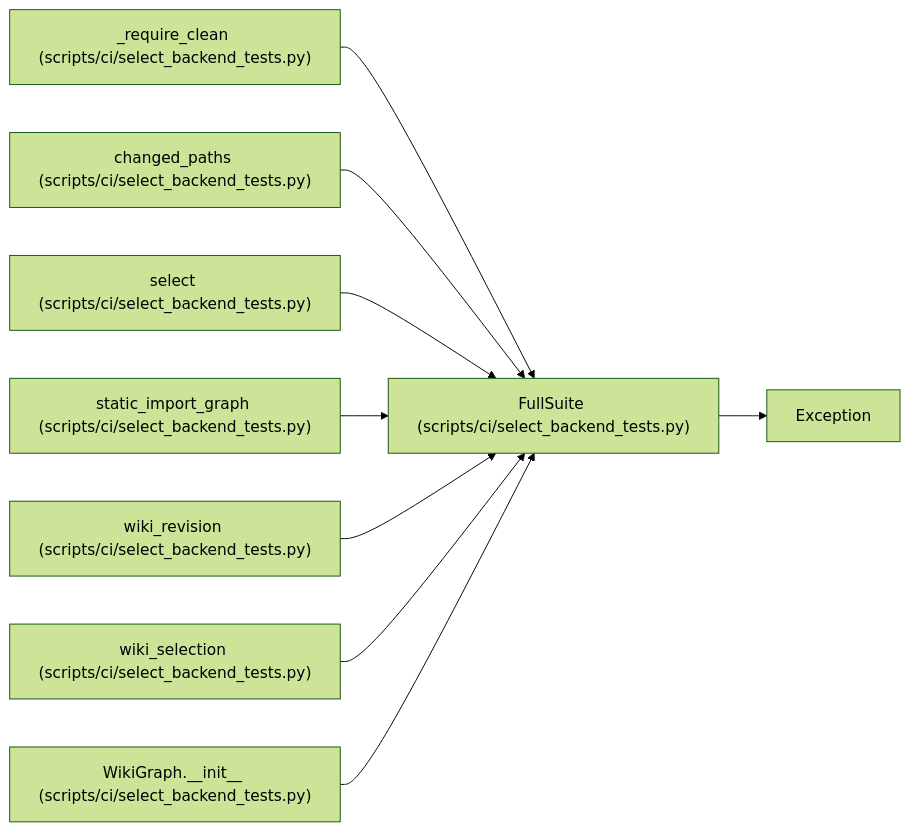
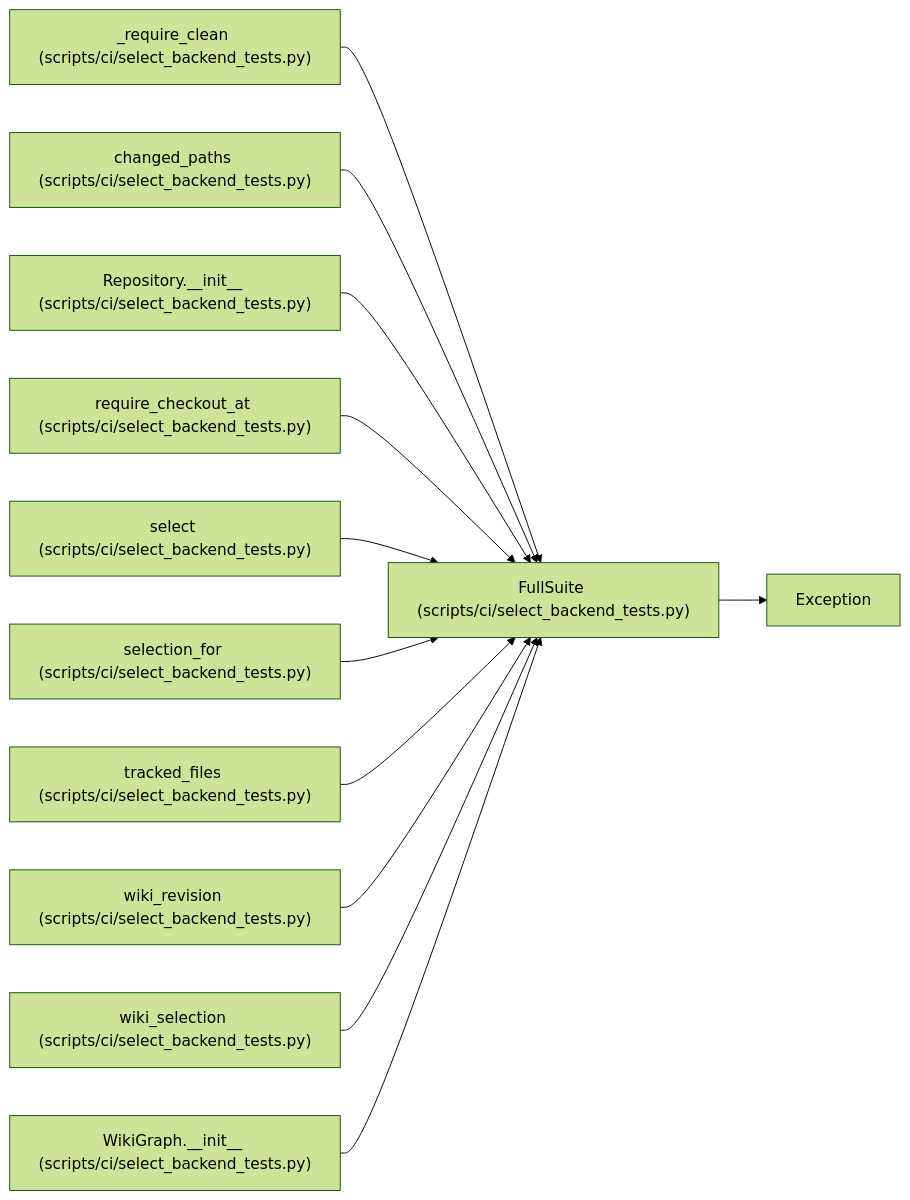
Before and after one commit to Denissvgn/WorkChord: the diagram in docs/llm_wiki/entities/FullSuite.md, drawn with Mermaid (forest theme). The commit also changed other lines of this file and 585 other files, not shown here.

Commit message:
Sync the architectural wiki for the shadow backend test selector fixes

````diff
--- a/docs/llm_wiki/entities/FullSuite.md
+++ b/docs/llm_wiki/entities/FullSuite.md
@@ -23,28 +23,37 @@
 ```mermaid
 flowchart LR
     n0["FullSuite (scripts/ci/select_backend_tests.py)"]
     n1["Exception"]
     n2["_require_clean (scripts/ci/select_backend_tests.py)"]
     n3["changed_paths (scripts/ci/select_backend_tests.py)"]
-    n4["select (scripts/ci/select_backend_tests.py)"]
-    n5["static_import_graph (scripts/ci/select_backend_tests.py)"]
-    n6["wiki_revision (scripts/ci/select_backend_tests.py)"]
-    n7["wiki_selection (scripts/ci/select_backend_tests.py)"]
-    n8["WikiGraph.__init__ (scripts/ci/select_backend_tests.py)"]
+    n4["Repository.__init__ (scripts/ci/select_backend_tests.py)"]
+    n5["require_checkout_at (scripts/ci/select_backend_tests.py)"]
+    n6["select (scripts/ci/select_backend_tests.py)"]
+    n7["selection_for (scripts/ci/select_backend_tests.py)"]
+    n8["tracked_files (scripts/ci/select_backend_tests.py)"]
+    n9["wiki_revision (scripts/ci/select_backend_tests.py)"]
+    n10["wiki_selection (scripts/ci/select_backend_tests.py)"]
+    n11["WikiGraph.__init__ (scripts/ci/select_backend_tests.py)"]
     n0 --> n1
     n2 --> n0
     n3 --> n0
     n4 --> n0
     n5 --> n0
     n6 --> n0
     n7 --> n0
     n8 --> n0
+    n9 --> n0
+    n10 --> n0
+    n11 --> n0
     click n0 "../modules/select_backend_tests.md"
     click n2 "../modules/select_backend_tests.md"
     click n3 "../modules/select_backend_tests.md"
     click n4 "../modules/select_backend_tests.md"
     click n5 "../modules/select_backend_tests.md"
     click n6 "../modules/select_backend_tests.md"
     click n7 "../modules/select_backend_tests.md"
     click n8 "../modules/select_backend_tests.md"
+    click n9 "../modules/select_backend_tests.md"
+    click n10 "../modules/select_backend_tests.md"
+    click n11 "../modules/select_backend_tests.md"
 ```
````
